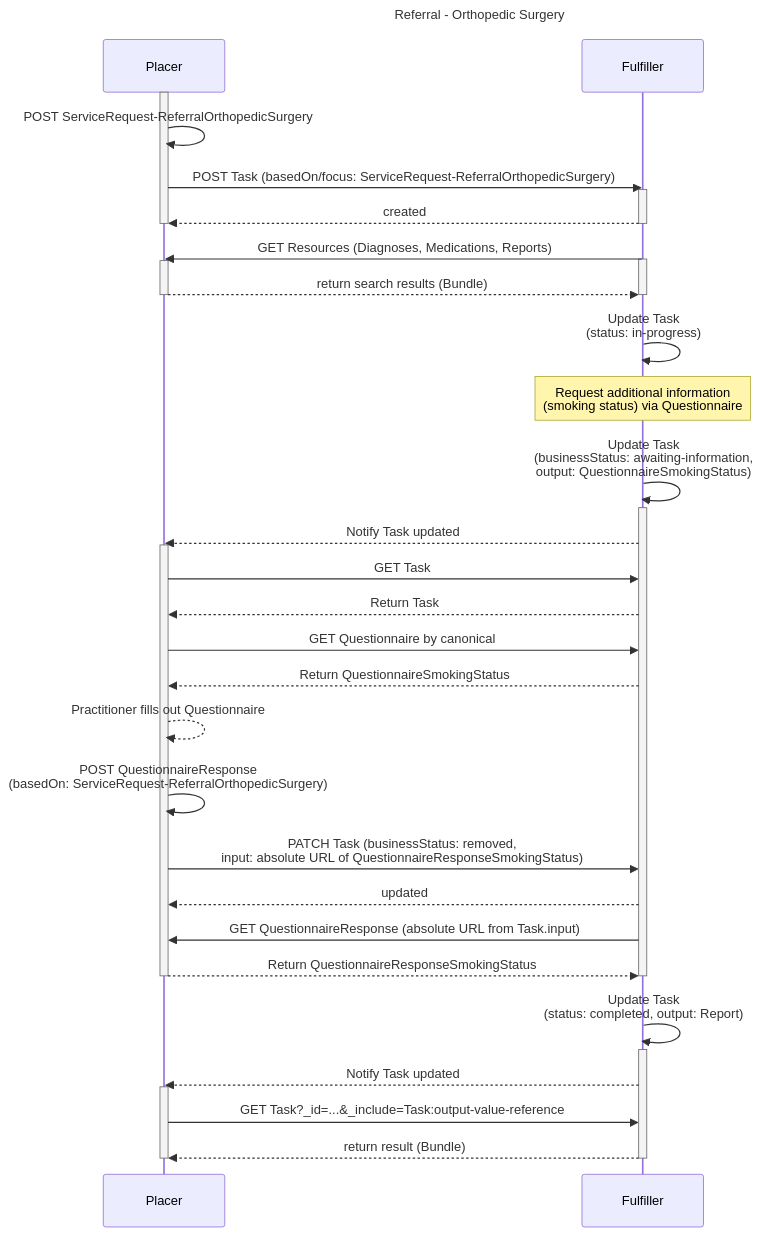
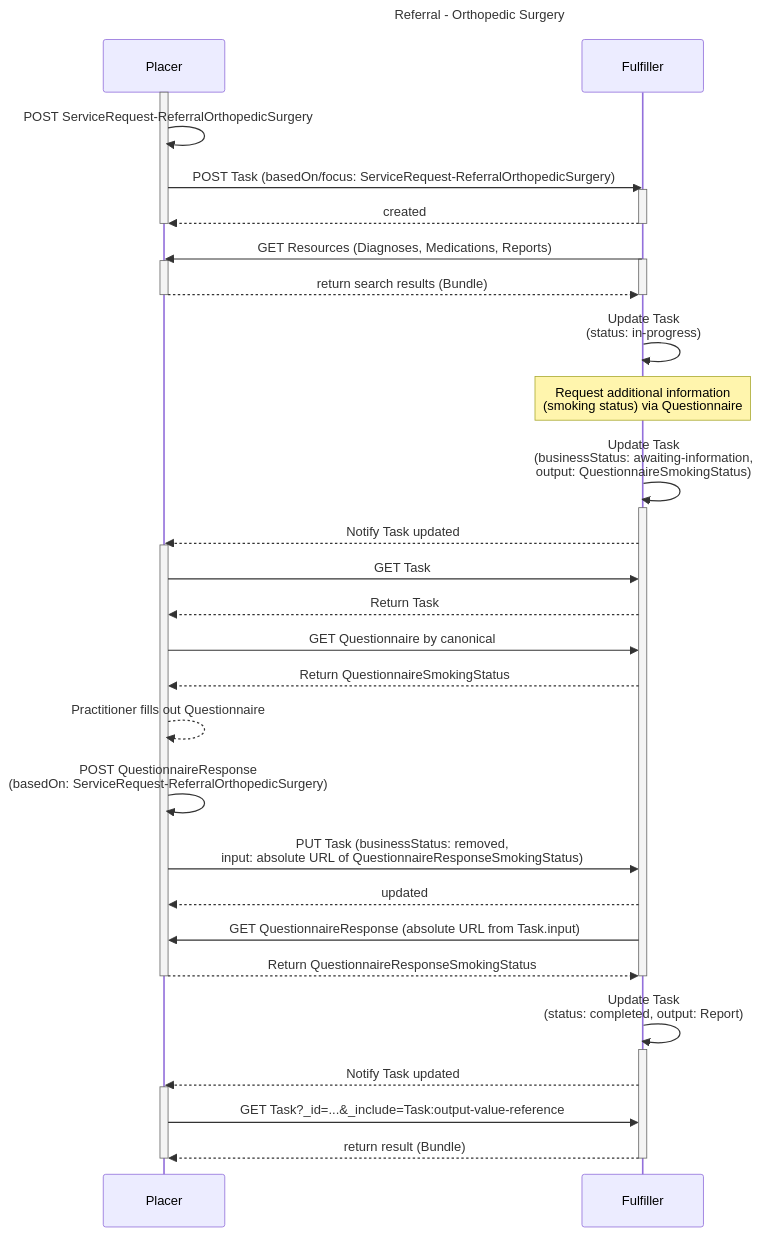
Before and after one commit to umzhconnect/umzhconnect-ig: the diagram in input/pagecontent/usecase-referral-orthopedic.md, drawn with Mermaid. The commit also changed other lines of this file and 5 other files, not shown here.

First line of the commit message:
Use update instead of patch for Placer changes to the Task (#117) (#132)

````diff
--- a/input/pagecontent/usecase-referral-orthopedic.md
+++ b/input/pagecontent/usecase-referral-orthopedic.md
@@ -20,52 +20,52 @@
 ```mermaid
 sequenceDiagram
     title Referral - Orthopedic Surgery
 
     participant Placer as Placer
     participant Fulfiller as Fulfiller
     activate Placer
     Placer->>Placer: POST ServiceRequest-ReferralOrthopedicSurgery
     Placer->>Fulfiller: POST Task (basedOn/focus: ServiceRequest-ReferralOrthopedicSurgery)
     activate Fulfiller
     Fulfiller-->>Placer: created
     deactivate Placer
     deactivate Fulfiller
 
     Fulfiller->>Placer: GET Resources (Diagnoses, Medications, Reports)
     activate Fulfiller
     activate Placer
     Placer-->>Fulfiller: return search results (Bundle)
     deactivate Fulfiller
     deactivate Placer
 
     Fulfiller->>Fulfiller: Update Task<br/>(status: in-progress)
 
     Note over Fulfiller: Request additional information<br/>(smoking status) via Questionnaire
     Fulfiller->>Fulfiller: Update Task<br/>(businessStatus: awaiting-information,<br/>output: QuestionnaireSmokingStatus)
     activate Fulfiller
     Fulfiller-->>Placer: Notify Task updated
     activate Placer
     Placer->>Fulfiller: GET Task
     Fulfiller-->>Placer: Return Task
     Placer->>Fulfiller: GET Questionnaire by canonical
     Fulfiller-->>Placer: Return QuestionnaireSmokingStatus
     Placer-->>Placer: Practitioner fills out Questionnaire
     Placer->>Placer: POST QuestionnaireResponse<br/>(basedOn: ServiceRequest-ReferralOrthopedicSurgery)
-    Placer->>Fulfiller: PATCH Task (businessStatus: removed,<br/>input: absolute URL of QuestionnaireResponseSmokingStatus)
+    Placer->>Fulfiller: PUT Task (businessStatus: removed,<br/>input: absolute URL of QuestionnaireResponseSmokingStatus)
     Fulfiller-->>Placer: updated
     Fulfiller->>Placer: GET QuestionnaireResponse (absolute URL from Task.input)
     Placer-->>Fulfiller: Return QuestionnaireResponseSmokingStatus
     deactivate Placer
     deactivate Fulfiller
 
     Fulfiller->>Fulfiller: Update Task<br/>(status: completed, output: Report)
     activate Fulfiller
     Fulfiller-->>Placer: Notify Task updated
     activate Placer
     Placer->> Fulfiller: GET Task?_id=...&_include=Task:output-value-reference
     Fulfiller-->>Placer: return result (Bundle)
     deactivate Placer
     deactivate Fulfiller
 
 
 ```
````
